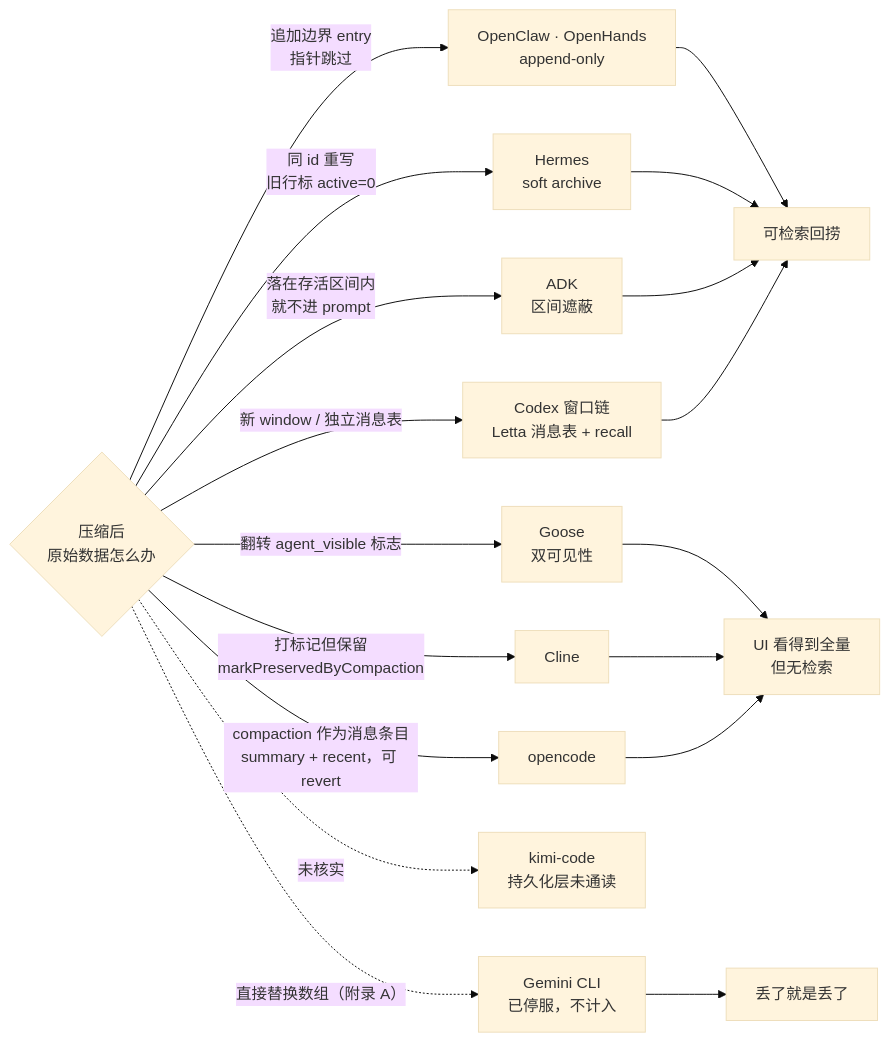
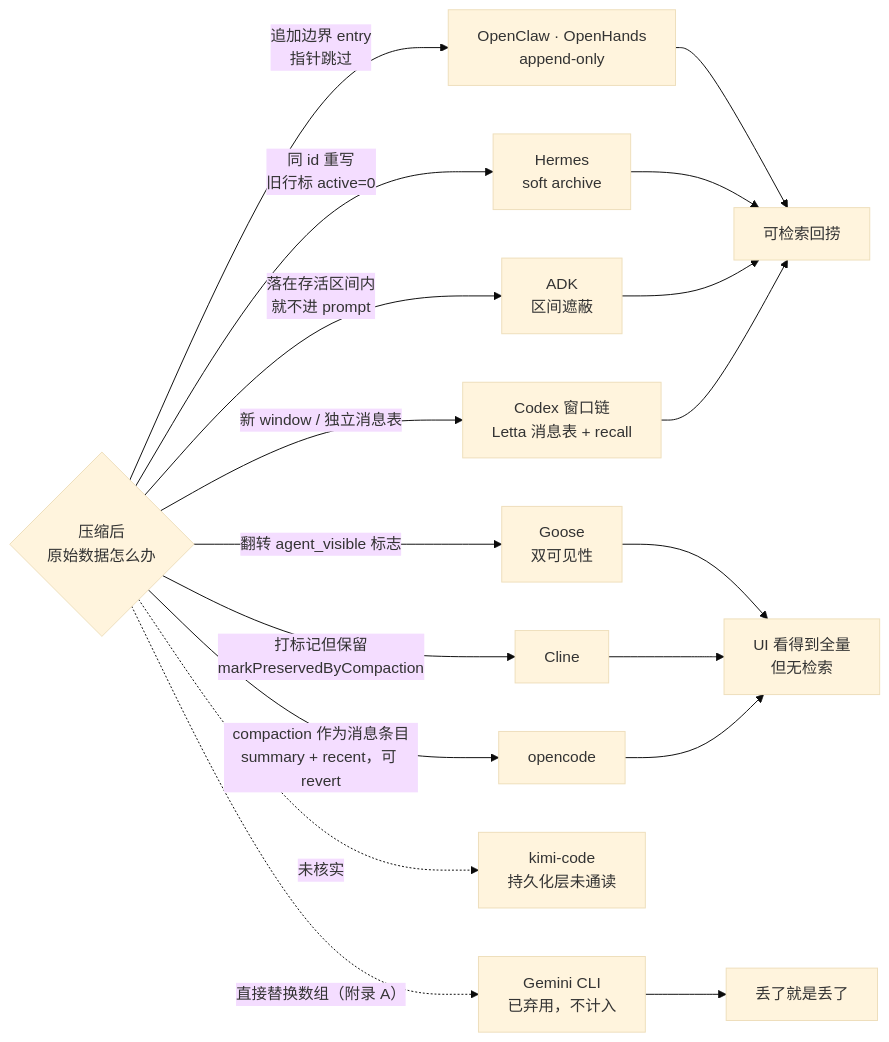
One commit to caiboyang/ML-learning changed diagram 17 of 18 in agent-context-compression/Agent_Context_Compression_Research.md. Above: the diagram before and after it, drawn with Mermaid (base theme). The commit also changed other lines of this file and 1 other file, not shown here.

````diff
--- a/agent-context-compression/Agent_Context_Compression_Research.md
+++ b/agent-context-compression/Agent_Context_Compression_Research.md
@@ -2717,21 +2717,21 @@
 ```mermaid
 flowchart LR
     Q{"压缩后<br/>原始数据怎么办"}
     Q -->|"追加边界 entry<br/>指针跳过"| A["OpenClaw · OpenHands<br/>append-only"]
     Q -->|"同 id 重写<br/>旧行标 active=0"| B["Hermes<br/>soft archive"]
     Q -->|"翻转 agent_visible 标志"| C["Goose<br/>双可见性"]
     Q -->|"落在存活区间内<br/>就不进 prompt"| D["ADK<br/>区间遮蔽"]
     Q -->|"打标记但保留<br/>markPreservedByCompaction"| F["Cline"]
     Q -->|"新 window / 独立消息表"| G["Codex 窗口链<br/>Letta 消息表 + recall"]
     Q -->|"compaction 作为消息条目<br/>summary + recent，可 revert"| H["opencode"]
     Q -.->|"未核实"| K["kimi-code<br/>持久化层未通读"]
-    Q -.->|"直接替换数组（附录 A）"| E["Gemini CLI<br/>已停服，不计入"]
+    Q -.->|"直接替换数组（附录 A）"| E["Gemini CLI<br/>已弃用，不计入"]
     A --> R["可检索回捞"]
     B --> R
     D --> R
     G --> R
     C --> U["UI 看得到全量<br/>但无检索"]
     F --> U
     H --> U
     E --> N["丢了就是丢了"]
 ```
````
